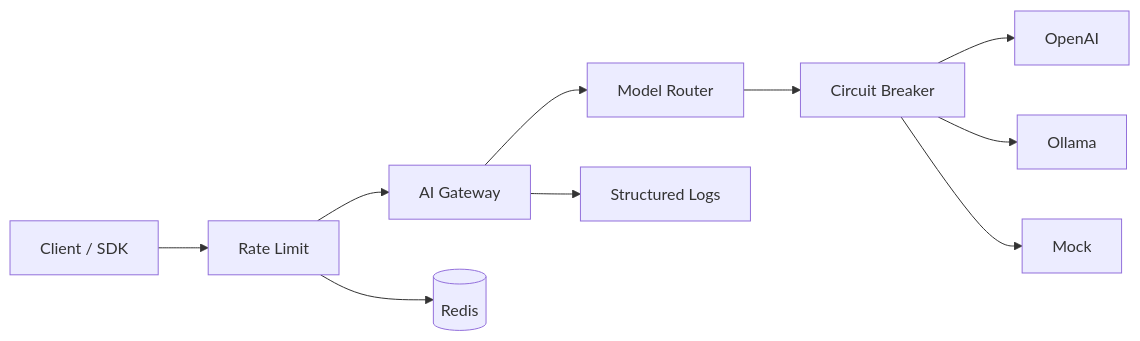
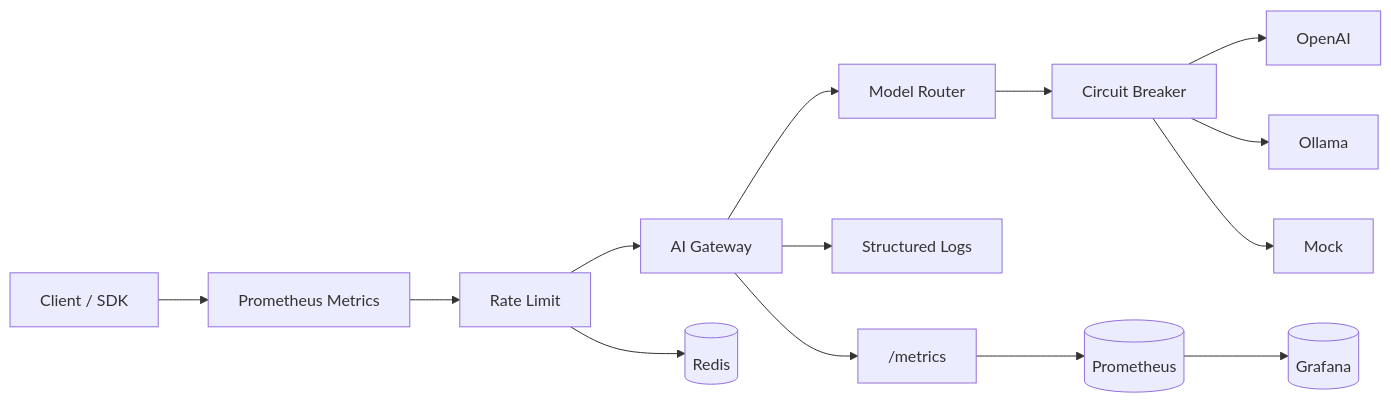
One commit to Wh1stle05/AI-Gateway changed the diagram in docs/architecture.md. Above: the diagram before and after it, drawn with Mermaid. The commit also changed other lines of this file and 21 other files, not shown here.

First line of the commit message:
feat: Phase 3 - Prometheus metrics + Grafana dashboard

````diff
--- a/docs/architecture.md
+++ b/docs/architecture.md
@@ -7,12 +7,16 @@
 ```mermaid
 flowchart LR
-  Client[Client / SDK] --> RL[Rate Limit]
+  Client[Client / SDK] --> Metrics[Prometheus Metrics]
+  Metrics --> RL[Rate Limit]
   RL --> GW[AI Gateway]
   GW --> Router[Model Router]
   Router --> CB[Circuit Breaker]
   CB --> P1[OpenAI]
   CB --> P2[Ollama]
   CB --> P3[Mock]
   RL --> Redis[(Redis)]
   GW --> Logs[Structured Logs]
+  GW --> /metrics
+  /metrics --> Prometheus[(Prometheus)]
+  Prometheus --> Grafana[(Grafana)]
 ```
````
